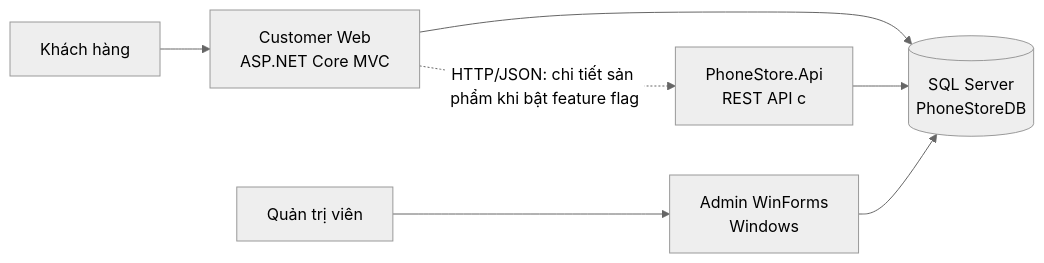
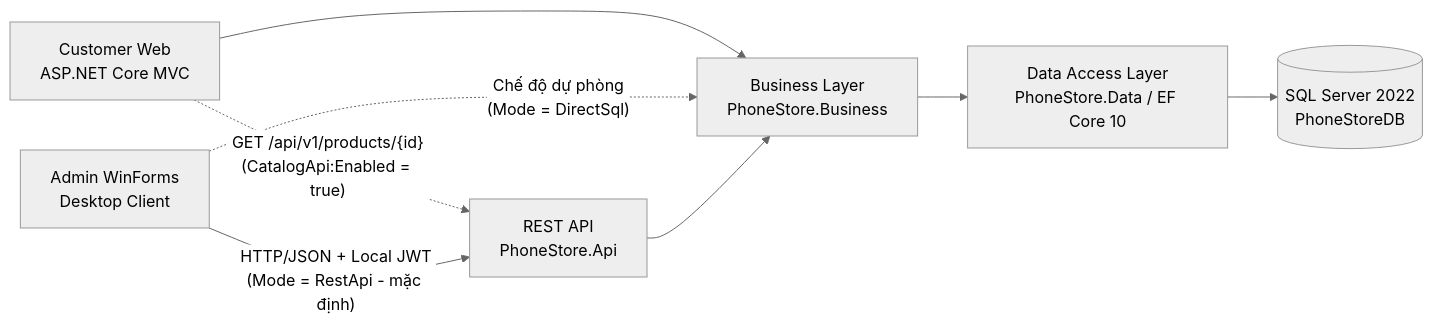
Before and after one commit to vuvantai14/PhoneStore: the diagram in README.md, drawn with Mermaid (neutral theme). The commit also changed other lines of this file, not shown here.

````diff
--- a/README.md
+++ b/README.md
@@ -88,10 +60,17 @@
 ```mermaid
 flowchart LR
-    Customer[Khách hàng] --> Web[Customer Web<br/>ASP.NET Core MVC]
-    AdminUser[Quản trị viên] --> Admin[Admin WinForms<br/>Windows]
+    Web[Customer Web<br/>ASP.NET Core MVC]
+    Admin[Admin WinForms<br/>Desktop Client]
+    Api[REST API<br/>PhoneStore.Api]
+    Biz[Business Layer<br/>PhoneStore.Business]
+    Data[Data Access Layer<br/>PhoneStore.Data / EF Core 10]
+    Db[(SQL Server 2022<br/>PhoneStoreDB)]
 
-    Web -. "HTTP/JSON: chi tiết sản phẩm khi bật feature flag" .-> Api[PhoneStore.Api<br/>REST API c]
-    Web --> Db[(SQL Server<br/>PhoneStoreDB)]
-    Api --> Db
-    Admin --> Db
+    Web -. "GET /api/v1/products/{id}<br/>(CatalogApi:Enabled = true)" .-> Api
+    Web --> Biz
+    Admin -- "HTTP/JSON + Local JWT<br/>(Mode = RestApi - mặc định)" --> Api
+    Admin -. "Chế độ dự phòng<br/>(Mode = DirectSql)" .-> Biz
+    Api --> Biz
+    Biz --> Data
+    Data --> Db
 ```
````
